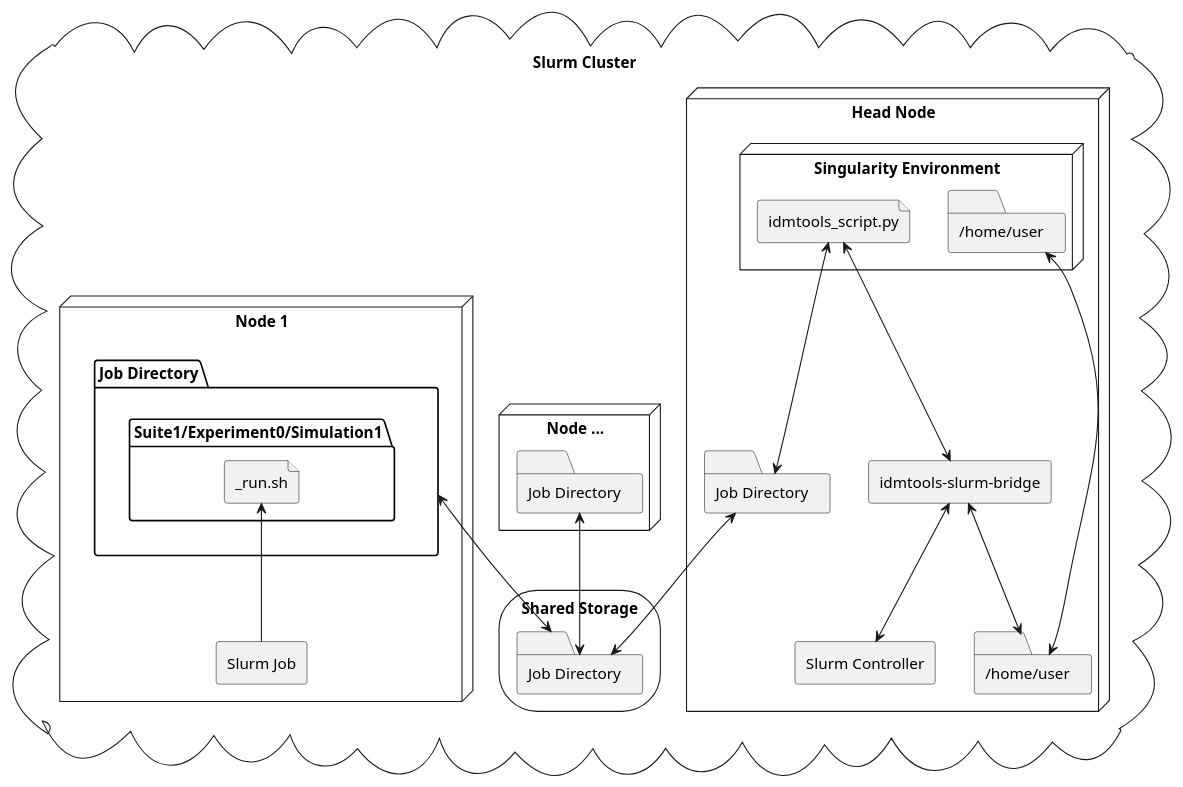
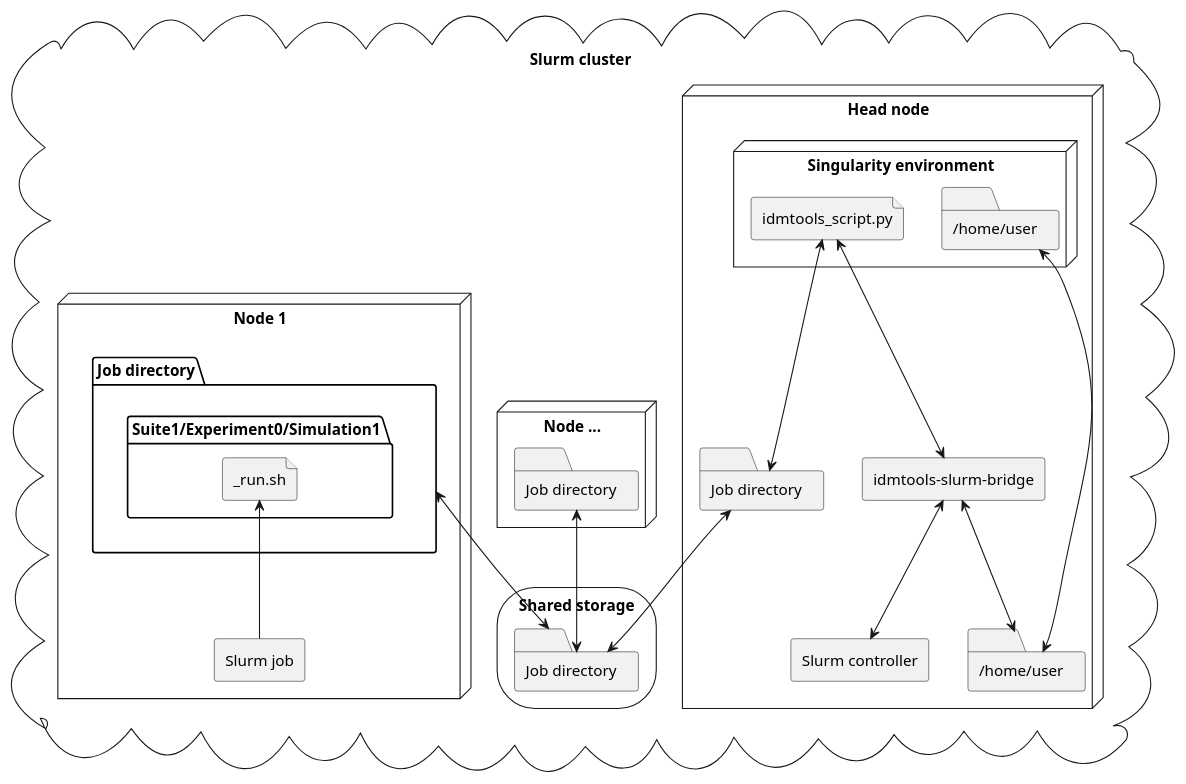
One commit to InstituteforDiseaseModeling/idmtools changed the diagram in docs/platforms/slurm/bridged.puml. Above: the diagram before and after it, drawn with PlantUML. The commit also changed 28 other files, not shown here.

```diff
--- a/docs/platforms/slurm/bridged.puml
+++ b/docs/platforms/slurm/bridged.puml
@@ -1,41 +1,41 @@
 @startuml
 
-cloud "Slurm Cluster" {
-  storage "Shared Storage" as shared {
-    folder "Job Directory" as job0
+cloud "Slurm cluster" {
+  storage "Shared storage" as shared {
+    folder "Job directory" as job0
   }
-  node "Head Node" {
-    folder "Job Directory" as job1
+  node "Head node" {
+    folder "Job directory" as job1
 
     folder "/home/user" as home0
-    agent "Slurm Controller" as sctl
+    agent "Slurm controller" as sctl
     agent "idmtools-slurm-bridge" as bridgeagent
-    node "Singularity Environment" as senv {
+    node "Singularity environment" as senv {
       folder "/home/user" as home1
       file "idmtools_script.py" as user_script
     }
     bridgeagent <--> home0
     home1 <--> home0
     bridgeagent <--> sctl
     user_script <--> bridgeagent
     user_script <--> job1
   }
   node "Node 1" {
-    folder "Job Directory" as job2 {
+    folder "Job directory" as job2 {
       folder "Suite1/Experiment0/Simulation1" as jfolder {
         file "_run.sh" as jshell
       }
     }
-    agent "Slurm Job" as sj
+    agent "Slurm job" as sj
     jshell <-- sj
   }
   node "Node ..." {
-    folder "Job Directory" as job3
+    folder "Job directory" as job3
   }
   job1 <--> job0
   job2 <--> job0
   job3 <--> job0
 }
 
 
 @enduml
```
